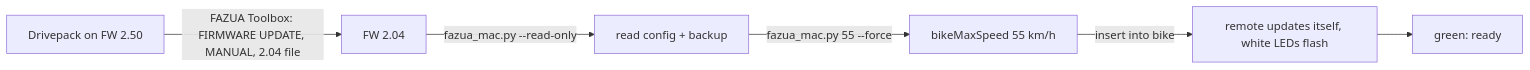
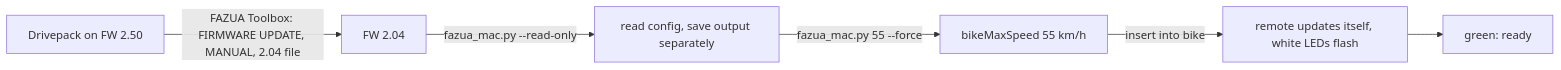
Before and after one commit to eminogrande/FazuaUnlocker: the first of 2 diagrams in README-MAC.md, drawn with Mermaid. The commit also changed other lines of this file, not shown here.

Commit message:
docs: raw 1938 update and free Fazua help in Berlin

````diff
--- a/README-MAC.md
+++ b/README-MAC.md
@@ -13,8 +13,8 @@
 ```mermaid
 flowchart LR
     A[Drivepack on FW 2.50] -->|FAZUA Toolbox: FIRMWARE UPDATE, MANUAL, 2.04 file| B[FW 2.04]
-    B -->|fazua_mac.py --read-only| C[read config + backup]
+    B -->|fazua_mac.py --read-only| C[read config, save output separately]
     C -->|fazua_mac.py 55 --force| D[bikeMaxSpeed 55 km/h]
     D -->|insert into bike| E[remote updates itself, white LEDs flash]
     E --> F[green: ready]
 ```
````
